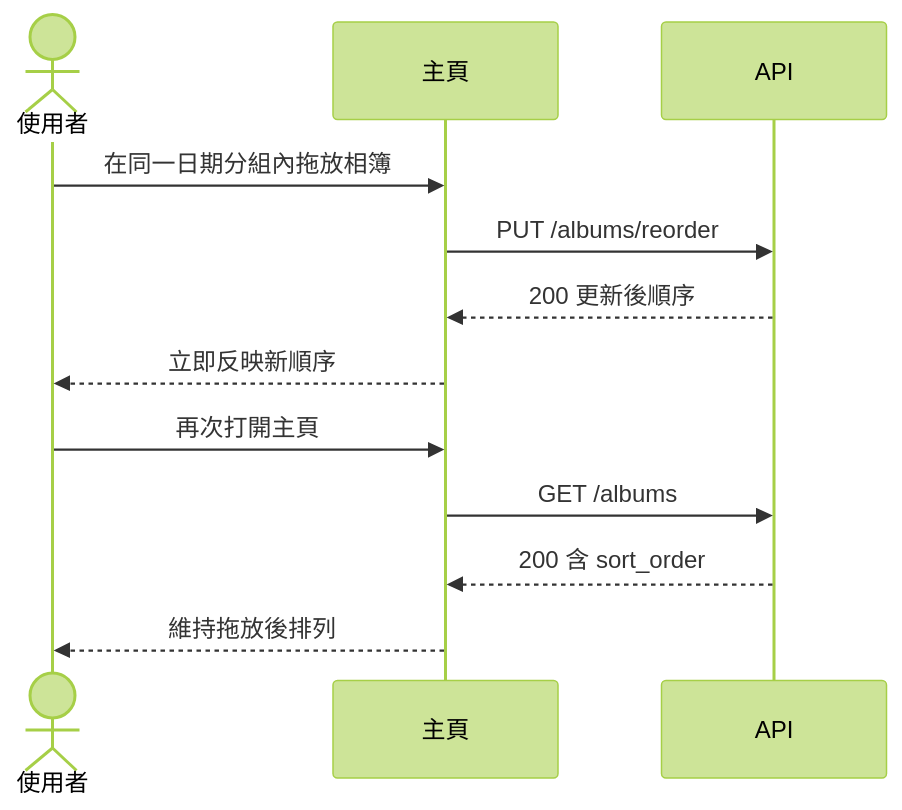
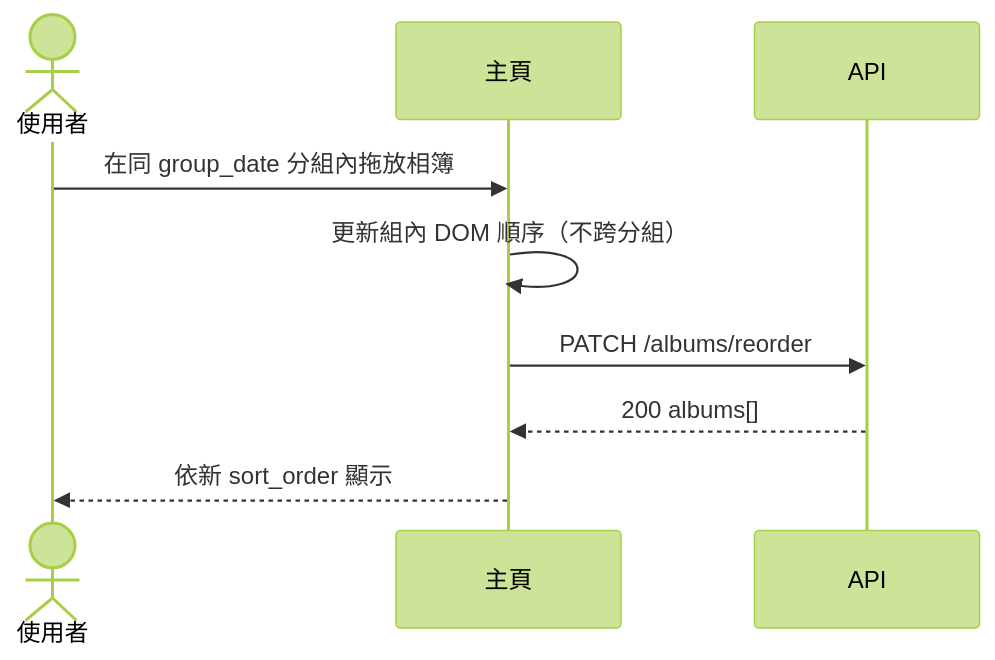
The third of 7 diagrams in specs/001-photo-albums/system-analyze/ui-plan.md (Waterball-Limited-Company/Jochu-lv1-training-course), drawn with Mermaid (forest theme) before and after one commit. The commit also changed other lines of this file and 54 other files, not shown here.

````diff
--- a/specs/001-photo-albums/system-analyze/ui-plan.md
+++ b/specs/001-photo-albums/system-analyze/ui-plan.md
@@ -68,15 +68,12 @@
 ```mermaid
 sequenceDiagram
     actor U as 使用者
     participant Home as 主頁
     participant API as API
 
-    U->>Home: 在同一日期分組內拖放相簿
-    Home->>API: PUT /albums/reorder
-    API-->>Home: 200 更新後順序
-    Home-->>U: 立即反映新順序
-    U->>Home: 再次打開主頁
-    Home->>API: GET /albums
-    API-->>Home: 200 含 sort_order
-    Home-->>U: 維持拖放後排列
+    U->>Home: 在同 group_date 分組內拖放相簿
+    Home->>Home: 更新組內 DOM 順序（不跨分組）
+    Home->>API: PATCH /albums/reorder
+    API-->>Home: 200 albums[]
+    Home-->>U: 依新 sort_order 顯示
 ```
````
